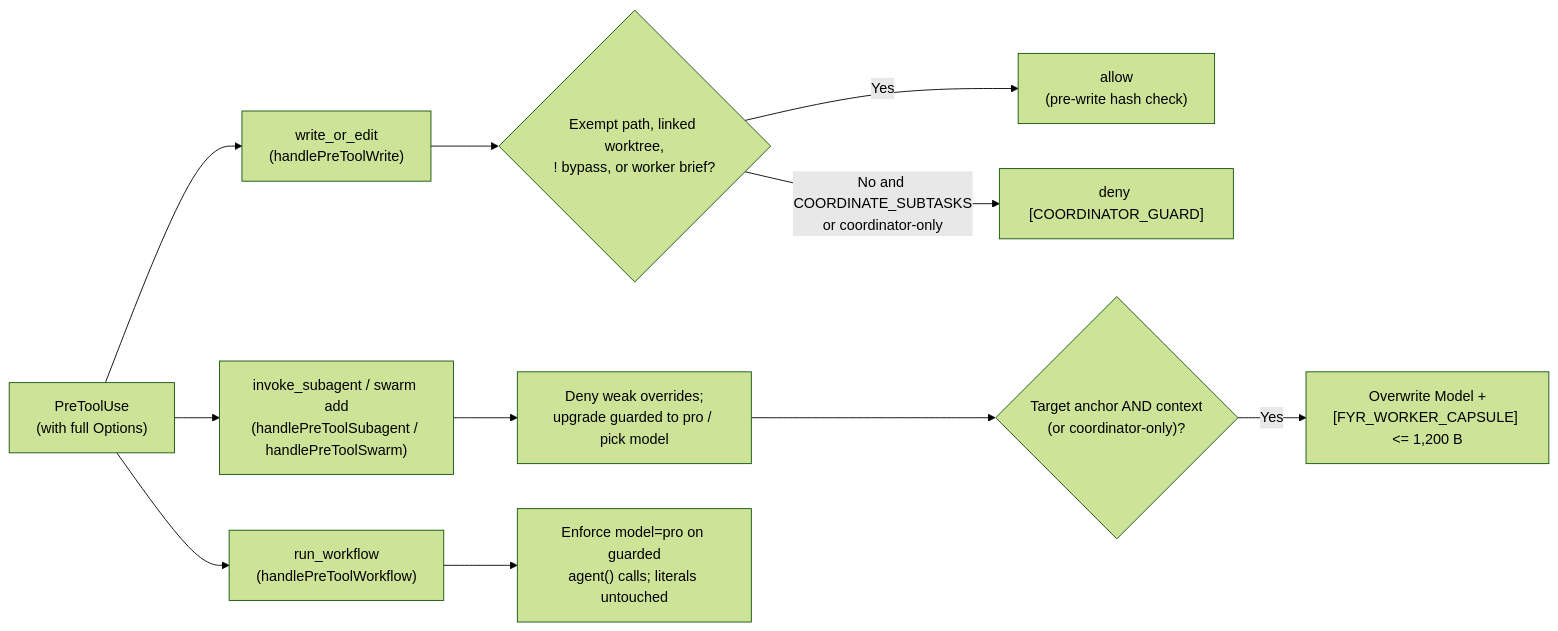
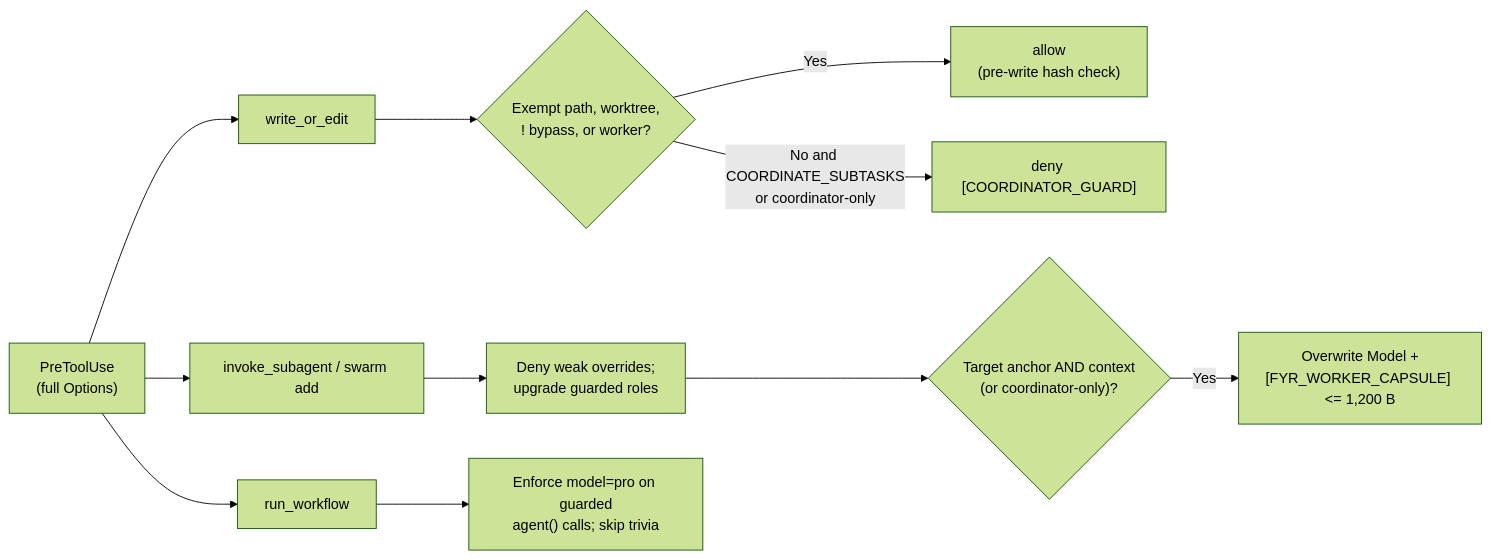
Before and after one commit to kesokaj/fyr: the fifth of 7 diagrams in features/hooks-and-ast-graph.md, drawn with Mermaid (forest theme). The commit also changed other lines of this file and 3 other files, not shown here.

````diff
--- a/features/hooks-and-ast-graph.md
+++ b/features/hooks-and-ast-graph.md
@@ -140,13 +114,13 @@
 ```mermaid
 flowchart LR
-    preTool["PreToolUse\n(with full Options)"] --> writeCall["write_or_edit\n(handlePreToolWrite)"]
-    preTool --> dispatchCall["invoke_subagent / swarm add\n(handlePreToolSubagent / handlePreToolSwarm)"]
-    preTool --> wfCall["run_workflow\n(handlePreToolWorkflow)"]
-    writeCall --> exemptCheck{"Exempt path, linked worktree,\n! bypass, or worker brief?"}
+    preTool["PreToolUse\n(full Options)"] --> writeCall["write_or_edit"]
+    preTool --> dispatchCall["invoke_subagent / swarm add"]
+    preTool --> wfCall["run_workflow"]
+    writeCall --> exemptCheck{"Exempt path, worktree,\n! bypass, or worker?"}
     exemptCheck -- "Yes" --> allowWrite["allow\n(pre-write hash check)"]
     exemptCheck -- "No and COORDINATE_SUBTASKS\nor coordinator-only" --> denyWrite["deny [COORDINATOR_GUARD]"]
-    dispatchCall --> modelGate["Deny weak overrides;\nupgrade guarded to pro / pick model"]
+    dispatchCall --> modelGate["Deny weak overrides;\nupgrade guarded roles"]
     modelGate --> jitGate{"Target anchor AND context\n(or coordinator-only)?"}
     jitGate -- "Yes" --> capOverwrite["Overwrite Model +\n[FYR_WORKER_CAPSULE] <= 1,200 B"]
-    wfCall --> wfCheck["Enforce model=pro on guarded\nagent() calls; literals untouched"]
+    wfCall --> wfCheck["Enforce model=pro on guarded\nagent() calls; skip trivia"]
 ```
````
